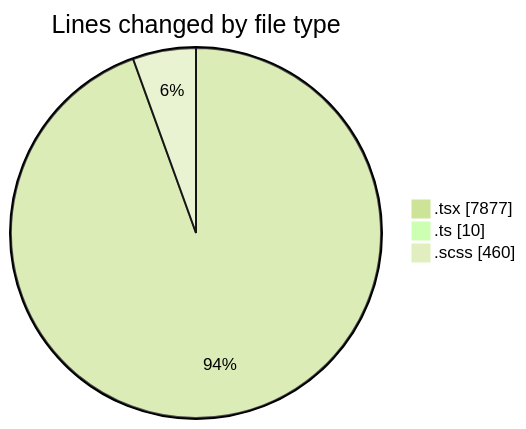
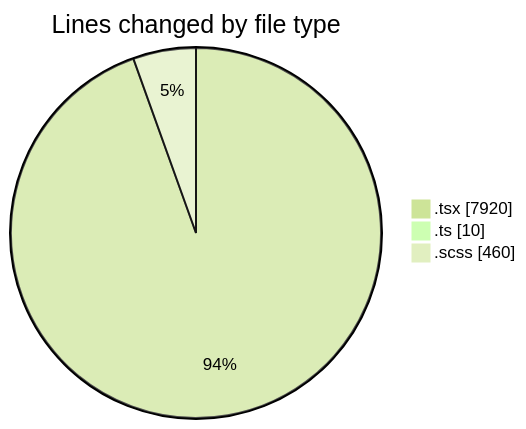
Before and after one commit to momahboobian/code-tracking: the first of 2 diagrams in 2025-11-17/cda/README.md, drawn with Mermaid (forest theme). The commit also changed other lines of this file and 1 other file, not shown here.

````diff
--- a/2025-11-17/cda/README.md
+++ b/2025-11-17/cda/README.md
@@ -34,7 +34,7 @@
 ```mermaid
 pie showData
 title Lines changed by file type
-".tsx" : 7877
+".tsx" : 7920
 ".ts" : 10
 ".scss" : 460
 ```
````
